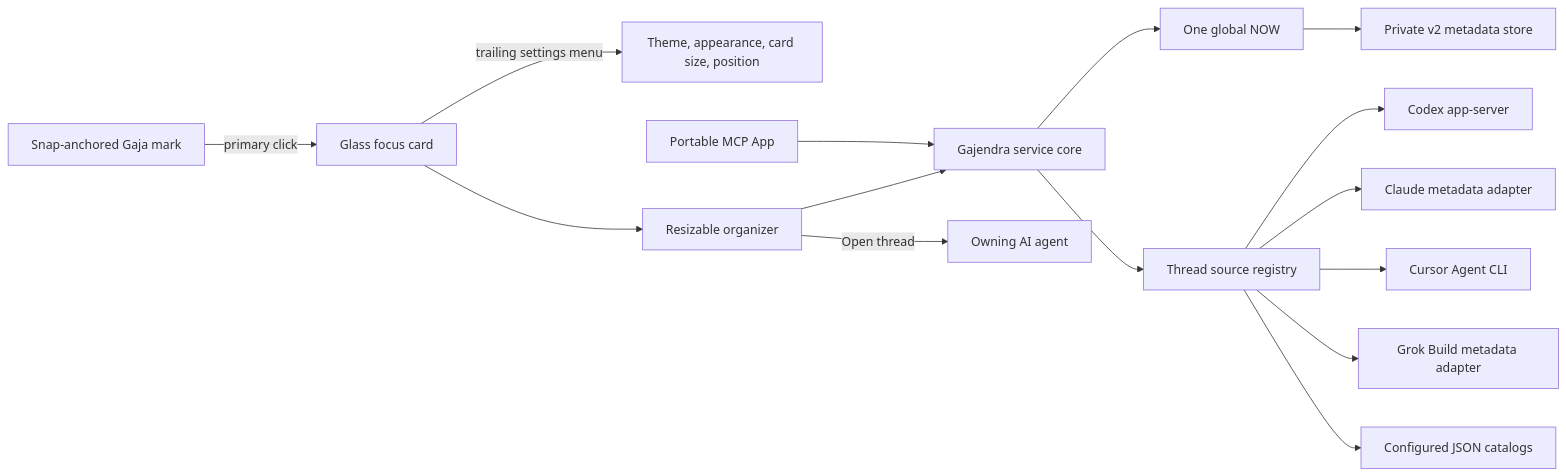
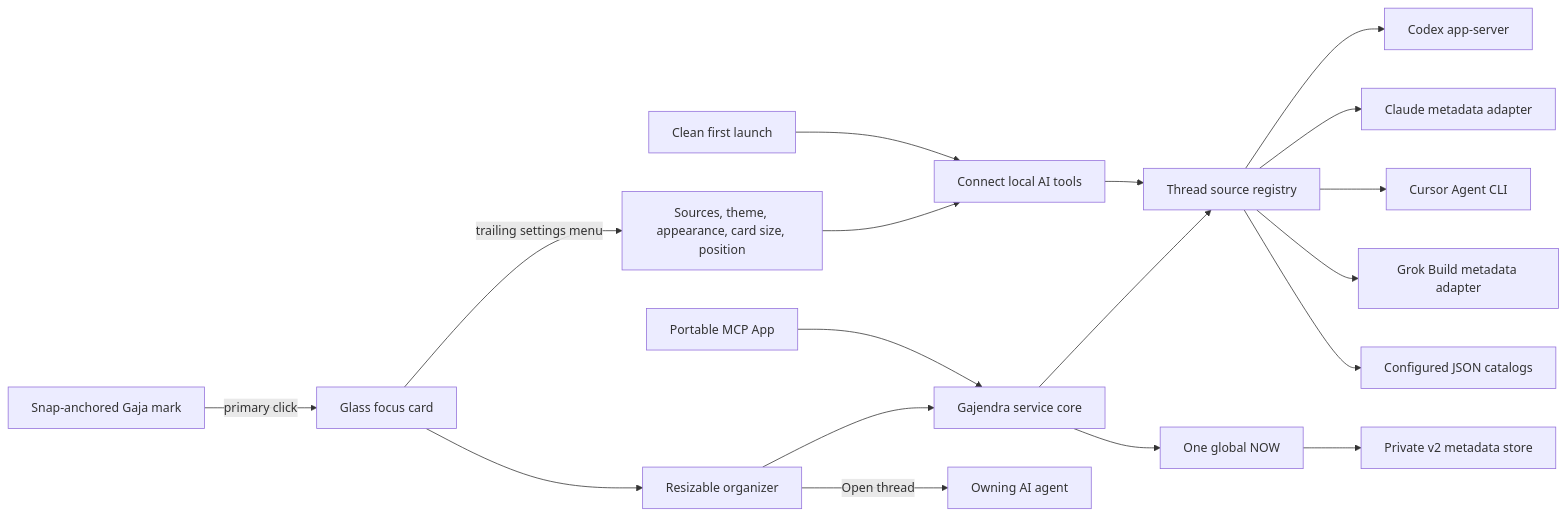
The diagram in docs/ARCHITECTURE.md (siddath/Gajendra), drawn with Mermaid before and after one commit. The commit also changed other lines of this file and 23 other files, not shown here.

Commit message:
Add first-launch AI tool connections (#11)

````diff
--- a/docs/ARCHITECTURE.md
+++ b/docs/ARCHITECTURE.md
@@ -7,17 +7,20 @@
 ```mermaid
 flowchart LR
     Pill["Snap-anchored Gaja mark"] -->|"primary click"| Card["Glass focus card"]
-    Card -->|"trailing settings menu"| Settings["Theme, appearance, card size, position"]
+    Card -->|"trailing settings menu"| Settings["Sources, theme, appearance, card size, position"]
+    Launch["Clean first launch"] --> Setup["Connect local AI tools"]
+    Settings --> Setup
+    Setup --> Registry
     Card --> Organizer["Resizable organizer"]
     MCP["Portable MCP App"] --> Service["Gajendra service core"]
     Organizer --> Service
     Service --> Policy["One global NOW"]
     Policy --> Store["Private v2 metadata store"]
     Service --> Registry["Thread source registry"]
     Registry --> Codex["Codex app-server"]
     Registry --> Claude["Claude metadata adapter"]
     Registry --> Cursor["Cursor Agent CLI"]
     Registry --> Grok["Grok Build metadata adapter"]
     Registry --> Catalogs["Configured JSON catalogs"]
     Organizer -->|"Open thread"| Owner["Owning AI agent"]
 ```
````
